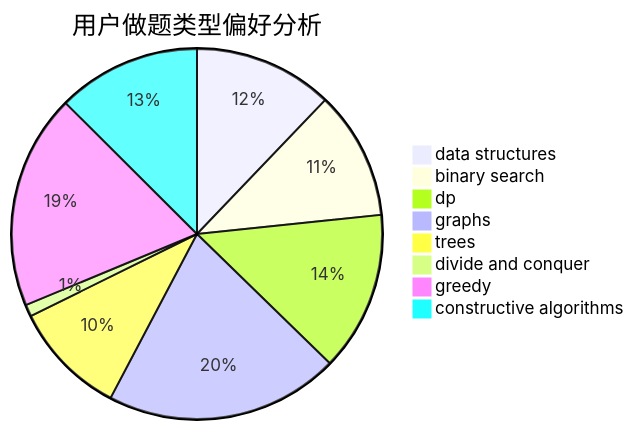
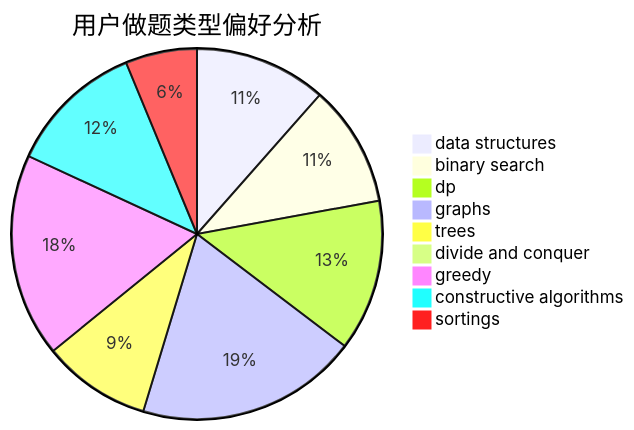
The second of 3 diagrams in docs/user/u693.md (sherpahu/cfrs.github.io), drawn with Mermaid before and after one commit. The commit also changed other lines of this file and 2769 other files, not shown here.

````diff
--- a/docs/user/u693.md
+++ b/docs/user/u693.md
@@ -23,11 +18,12 @@
 ```mermaid
 pie title 用户做题类型偏好分析
     "data structures" :  129
     "binary search" :  119
     "dp" :  148
     "graphs" :  217
     "trees" :  106
     "divide and conquer" :  11
     "greedy" :  199
     "constructive algorithms" :  133
+    "sortings" :  70
 ```
````
